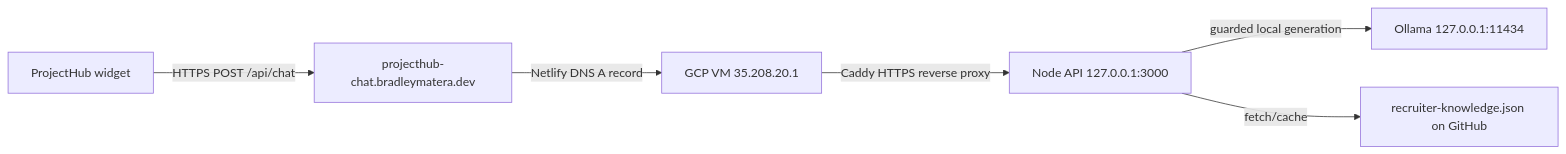
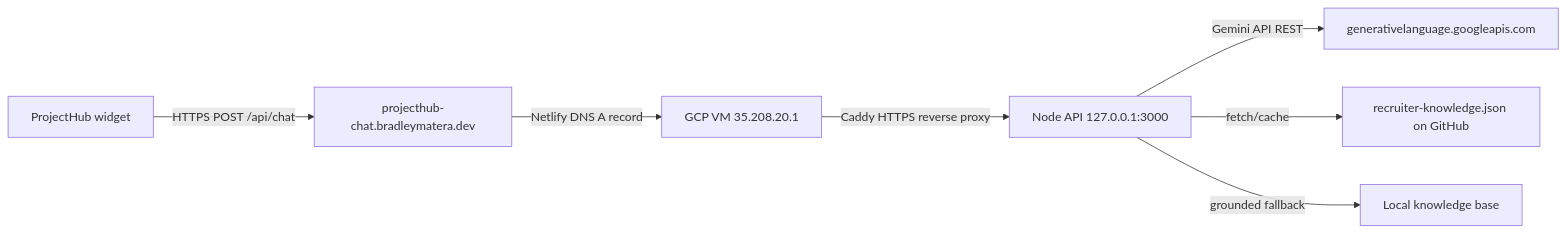
The diagram in docs/backend-guide.md (BradleyMatera/ProjectHub), drawn with Mermaid before and after one commit. The commit also changed other lines of this file and 3 other files, not shown here.

First line of the commit message:
Fix grounded fallback for simple queries

````diff
--- a/docs/backend-guide.md
+++ b/docs/backend-guide.md
@@ -30,8 +30,9 @@
 ```mermaid
 flowchart LR
   A[ProjectHub widget] -- HTTPS POST /api/chat --> B[projecthub-chat.bradleymatera.dev]
   B -- Netlify DNS A record --> C[GCP VM 35.208.20.1]
   C -- Caddy HTTPS reverse proxy --> D[Node API 127.0.0.1:3000]
-  D -- guarded local generation --> E[Ollama 127.0.0.1:11434]
+  D -- Gemini API REST --> E[generativelanguage.googleapis.com]
   D -- fetch/cache --> F[recruiter-knowledge.json on GitHub]
+  D -- grounded fallback --> G[Local knowledge base]
 ```
````
